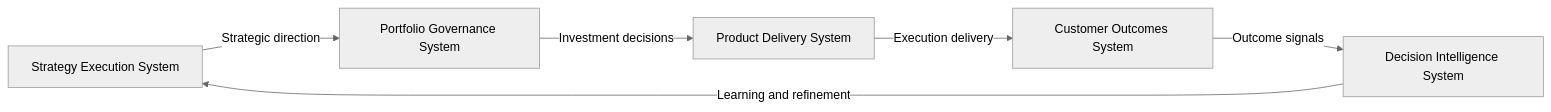
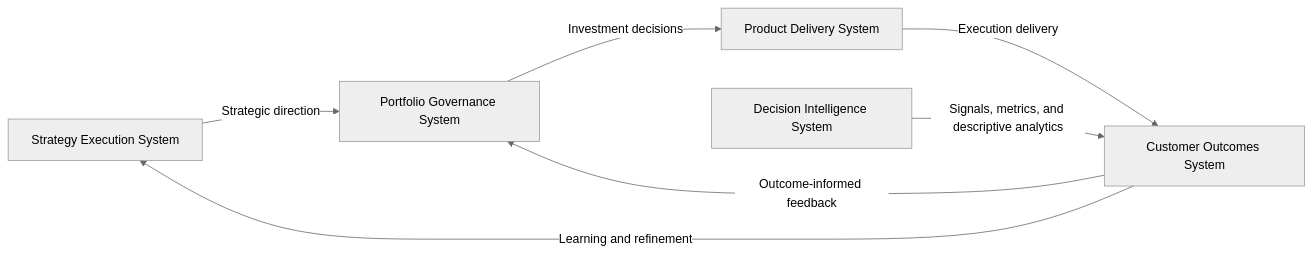
Before and after one commit to ChuckFerrando/product-leadership-operating-system: the second of 3 diagrams in pillars /pillar-1-product-leadership-systems-architecture/README.md, drawn with Mermaid (neutral theme). The commit also changed other lines of this file, not shown here.

````diff
--- a/pillars /pillar-1-product-leadership-systems-architecture/README.md
+++ b/pillars /pillar-1-product-leadership-systems-architecture/README.md
@@ -108,15 +120,16 @@
 ```mermaid
 flowchart LR
 
 A["Strategy Execution System"]
 B["Portfolio Governance System"]
 C["Product Delivery System"]
 D["Customer Outcomes System"]
 E["Decision Intelligence System"]
 
 A -->|"Strategic direction"| B
 B -->|"Investment decisions"| C
 C -->|"Execution delivery"| D
-D -->|"Outcome signals"| E
-E -->|"Learning and refinement"| A
+E -->|"Signals, metrics, and descriptive analytics"| D
+D -->|"Learning and refinement"| A
+D -->|"Outcome-informed feedback"| B
 ```
````
